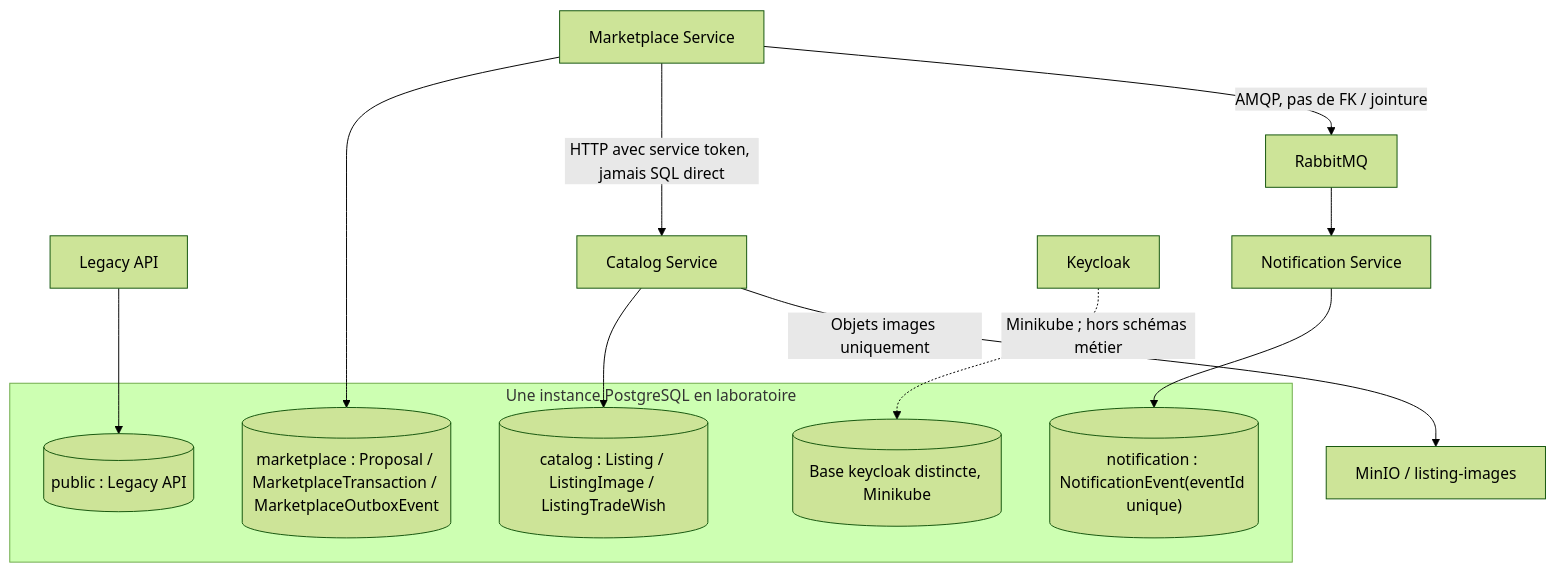
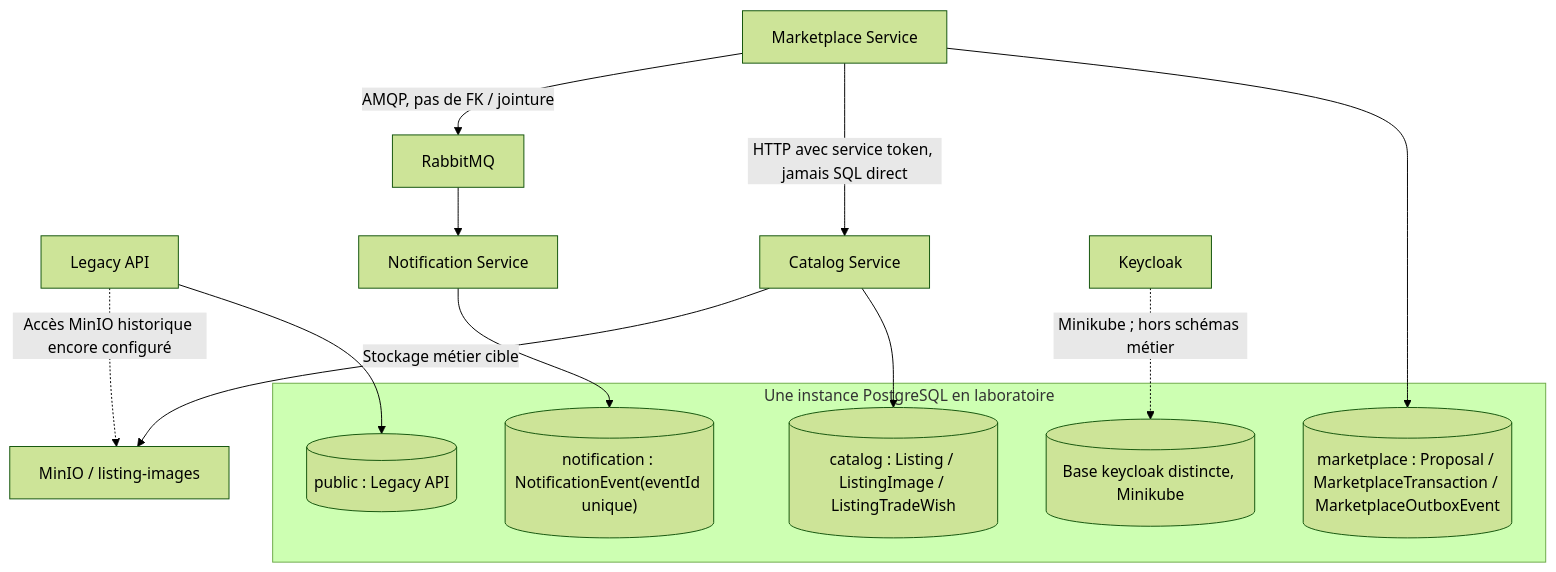
Before and after one commit to BALLOPROTEL/Projet_indiV26-espace-com-troc-don: the fifth of 6 diagrams in docs/24-m10-architecture-finale.md, drawn with Mermaid (forest theme). The commit also changed other lines of this file and 1 other file, not shown here.

Commit message:
docs(#57): address Codex architecture accuracy on auth, legacy, observability and SQL isolation

````diff
--- a/docs/24-m10-architecture-finale.md
+++ b/docs/24-m10-architecture-finale.md
@@ -235,19 +238,20 @@
 ```mermaid
 flowchart TB
     subgraph DB["Une instance PostgreSQL en laboratoire"]
       PUB[("public : Legacy API")]
       CAT[("catalog : Listing / ListingImage / ListingTradeWish")]
       MAR[("marketplace : Proposal / MarketplaceTransaction / MarketplaceOutboxEvent")]
       NOT[("notification : NotificationEvent(eventId unique)")]
       KEY[("Base keycloak distincte, Minikube")]
     end
     LEG["Legacy API"] --> PUB
+    LEG -.->|"Accès MinIO historique encore configuré"| S3
     C["Catalog Service"] --> CAT
     M["Marketplace Service"] --> MAR
     N["Notification Service"] --> NOT
     KC["Keycloak"] -.->|"Minikube ; hors schémas métier"| KEY
     M -->|"HTTP avec service token, jamais SQL direct"| C
     M -->|"AMQP, pas de FK / jointure"| MQ["RabbitMQ"]
     MQ --> N
-    C -->|"Objets images uniquement"| S3["MinIO / listing-images"]
+    C -->|"Stockage métier cible"| S3["MinIO / listing-images"]
 ```
````
